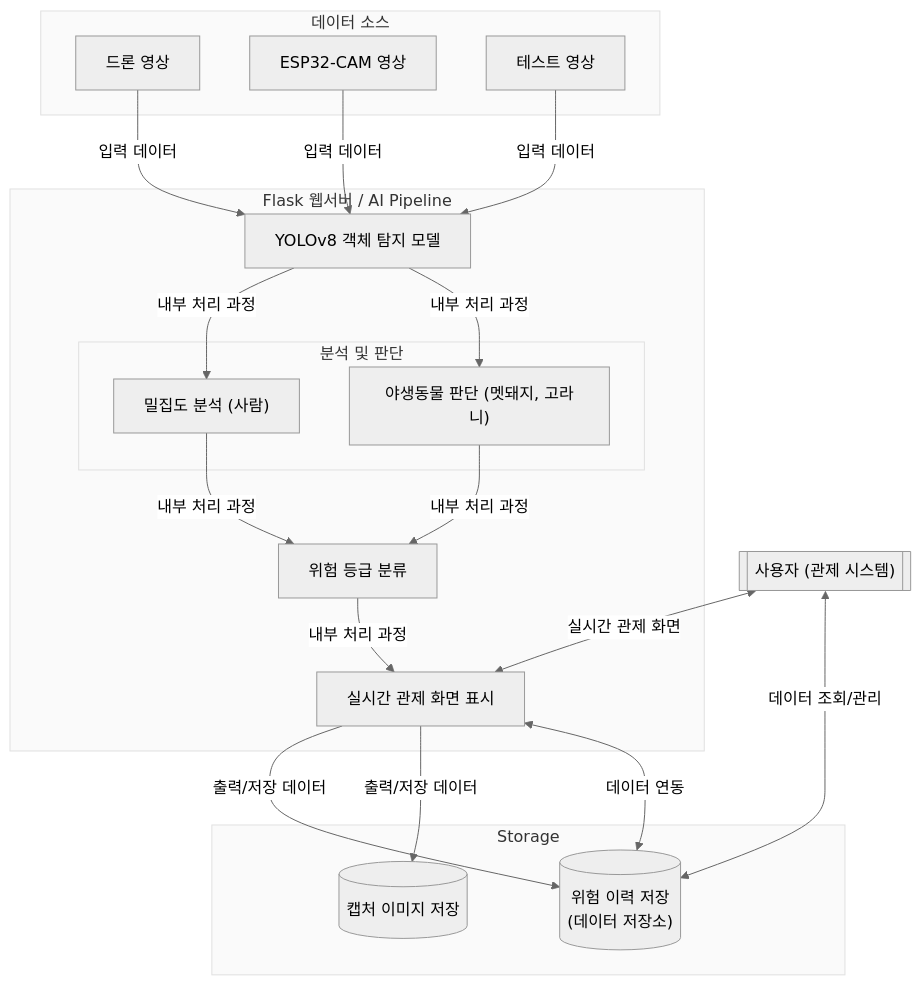
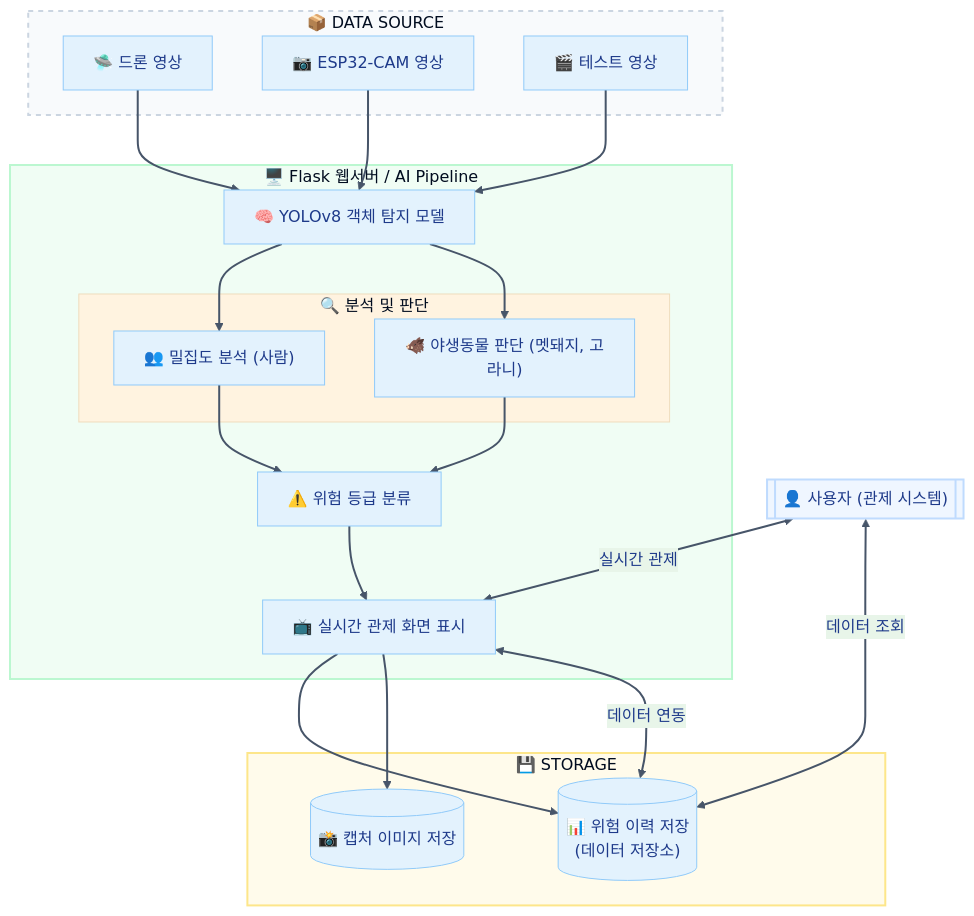
Before and after one commit to Lee-Chaeyeon/diagram: the diagram in README.md, drawn with Mermaid. The commit also changed other lines of this file, not shown here.

Commit message:
Update README.md
이모지 아이콘 추가
구역별 컬러 차별화
핵심 흐름 강조

````diff
--- a/README.md
+++ b/README.md
@@ -3,56 +3,70 @@
 ```mermaid
-%%{init: {'theme': 'neutral', 'themeVariables': { 'primaryColor': '#F4F5F7', 'edgeLabelBackground':'#ffffff', 'clusterBkg':'#FAFAFA', 'clusterBorder':'#E0E0E0'}}}%%
+%%{init: {
+  'theme': 'base',
+  'themeVariables': {
+    'primaryColor': '#E3F2FD',
+    'primaryTextColor': '#1E3A8A',
+    'primaryBorderColor': '#90CAF9',
+    'lineColor': '#475569',
+    'secondaryColor': '#E8F5E9',
+    'tertiaryColor': '#FFF3E0'
+  }
+}}%%
 graph TB
 
 %% 데이터 소스 영역
-subgraph S1["데이터 소스"]
-    A1["드론 영상"]
-    A2["ESP32-CAM 영상"]
-    A3["테스트 영상"]
+subgraph S1["📦 DATA SOURCE"]
+    A1["🛸 드론 영상"]
+    A2["📷 ESP32-CAM 영상"]
+    A3["🎬 테스트 영상"]
 end
 
 %% AI 및 분석 서버 영역
-subgraph S2["Flask 웹서버 / AI Pipeline"]
-    B["YOLOv8 객체 탐지 모델"]
+subgraph S2["🖥️ Flask 웹서버 / AI Pipeline"]
+    B["🧠 YOLOv8 객체 탐지 모델"]
     
-    subgraph S2_1["분석 및 판단"]
-        c1["밀집도 분석 (사람)"]
-        c2["야생동물 판단 (멧돼지, 고라니)"]
+    subgraph S2_1["🔍 분석 및 판단"]
+        c1["👥 밀집도 분석 (사람)"]
+        c2["🐗 야생동물 판단 (멧돼지, 고라니)"]
     end
     
-    D["위험 등급 분류"]
-    E["실시간 관제 화면 표시"]
+    D["⚠️ 위험 등급 분류"]
+    E["📺 실시간 관제 화면 표시"]
 end
 
 %% 저장소 영역
-subgraph S3["Storage"]
-    F1[("위험 이력 저장<br>(데이터 저장소)")]
-    F2[("캡처 이미지 저장")]
+subgraph S3["💾 STORAGE"]
+    F1[("📊 위험 이력 저장<br>(데이터 저장소)")]
+    F2[("📸 캡처 이미지 저장")]
 end
 
 %% 사용자 영역
-G[["사용자 (관제 시스템)"]]
+G[["👤 사용자 (관제 시스템)"]]
+
+%% --- 스타일 지정 ---
+style S1 fill:#F8FAFC,stroke:#CBD5E1,stroke-width:2px,stroke-dasharray: 5 5
+style S2 fill:#F0FDF4,stroke:#BBF7D0,stroke-width:2px
+style S3 fill:#FFFBEB,stroke:#FDE68A,stroke-width:2px
+style G fill:#EFF6FF,stroke:#BFDBFE,stroke-width:2px
 
 %% --- 데이터 흐름 및 연결 관계 ---
+A1 --> B
+A2 --> B
+A3 --> B
 
-%% 1. 데이터 입력
-A1 -->|입력 데이터| B
-A2 -->|입력 데이터| B
-A3 -->|입력 데이터| B
+B ==> c1
+B ==> c2
+c1 ==> D
+c2 ==> D
+D ==> E
 
-%% 2. 모델 내부 처리
-B -->|내부 처리 과정| c1
-B -->|내부 처리 과정| c2
-c1 -->|내부 처리 과정| D
-c2 -->|내부 처리 과정| D
-D -->|내부 처리 과정| E
+E --> F1
+E --> F2
 
-%% 3. 출력 및 저장
-E -->|출력/저장 데이터| F1
-E -->|출력/저장 데이터| F2
+G <-->|실시간 관제| E
+G <-->|데이터 조회| F1
+F1 <-->|데이터 연동| E
 
-%% 4. 관제 및 상호작용
-G <-->|실시간 관제 화면| E
-G <-->|데이터 조회/관리| F1
-F1 <-->|데이터 연동| E
+%% 화살표 스타일
+linkStyle default stroke:#475569,stroke-width:2px;
 ```
````
